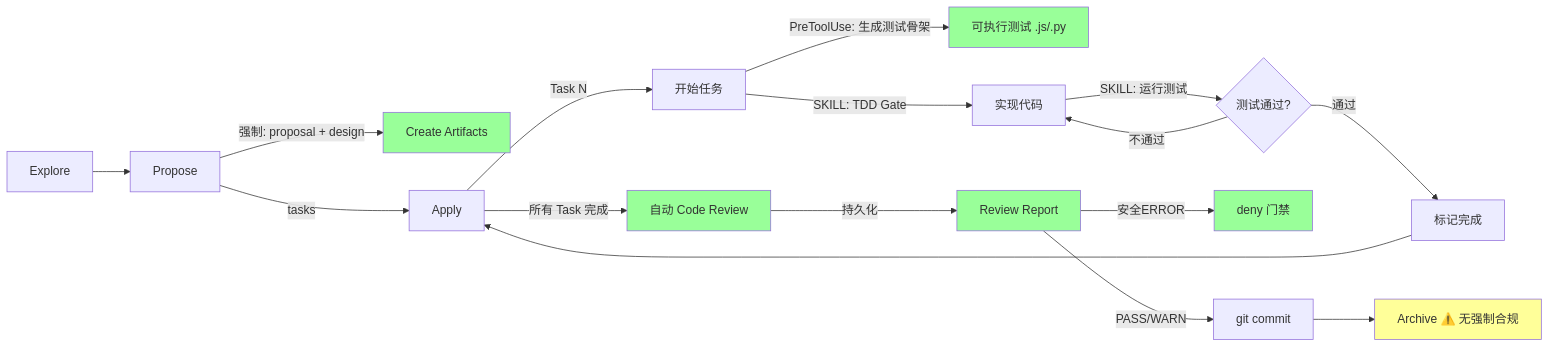
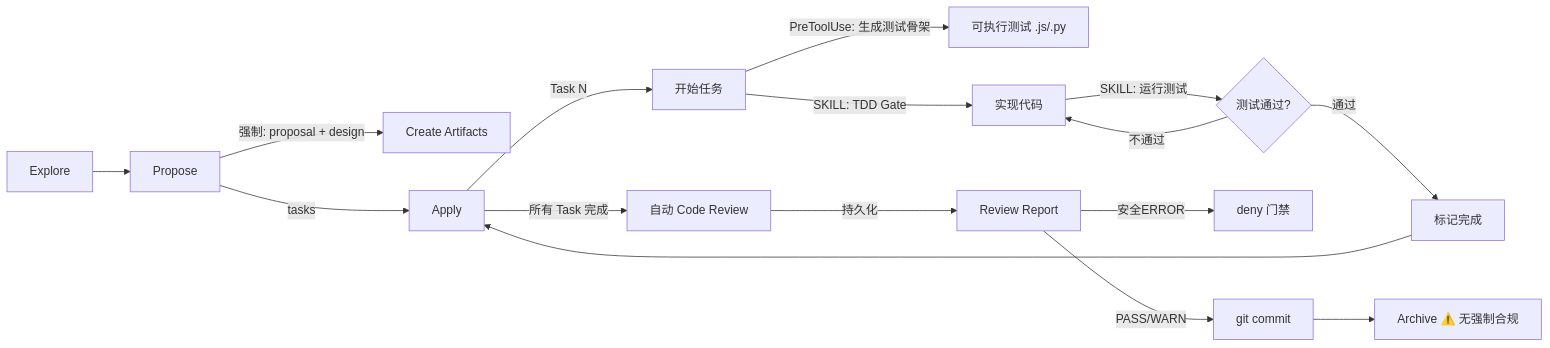
One commit to fisher-89/agent-plugins changed the first of 2 diagrams in openspec/designs/sdd-tdd-review-optimization/analysis-current-state.md. Above: the diagram before and after it, drawn with Mermaid. The commit also changed other lines of this file and 5 other files, not shown here.

````diff
--- a/openspec/designs/sdd-tdd-review-optimization/analysis-current-state.md
+++ b/openspec/designs/sdd-tdd-review-optimization/analysis-current-state.md
@@ -97,25 +97,18 @@
 ```mermaid
 graph LR
     E[Explore] --> P[Propose]
     P --> |强制: proposal + design| SPEC[Create Artifacts]
     P --> |tasks| A[Apply]
     A --> |Task N| T[开始任务]
     T --> |PreToolUse: 生成测试骨架| SKEL[可执行测试 .js/.py]
     T --> |SKILL: TDD Gate| IMPL[实现代码]
     IMPL --> |SKILL: 运行测试| TEST{测试通过?}
     TEST -->|通过| MARK[标记完成]
     TEST -->|不通过| IMPL
     MARK --> A
     A --> |所有 Task 完成| AUTO_RV[自动 Code Review]
     AUTO_RV --> |持久化| REPORT[Review Report]
     REPORT --> |安全ERROR| DENY[deny 门禁]
     REPORT --> |PASS/WARN| Commit[git commit]
     Commit --> Archive[Archive ⚠️ 无强制合规]
-
-    style SPEC fill:#9f9
-    style SKEL fill:#9f9
-    style AUTO_RV fill:#9f9
-    style REPORT fill:#9f9
-    style DENY fill:#9f9
-    style Archive fill:#ff9
 ```
````
